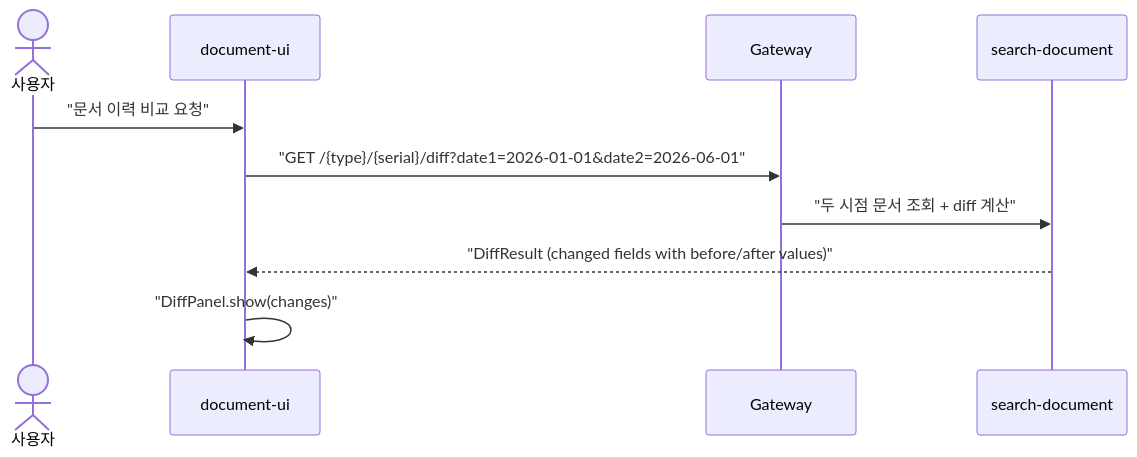
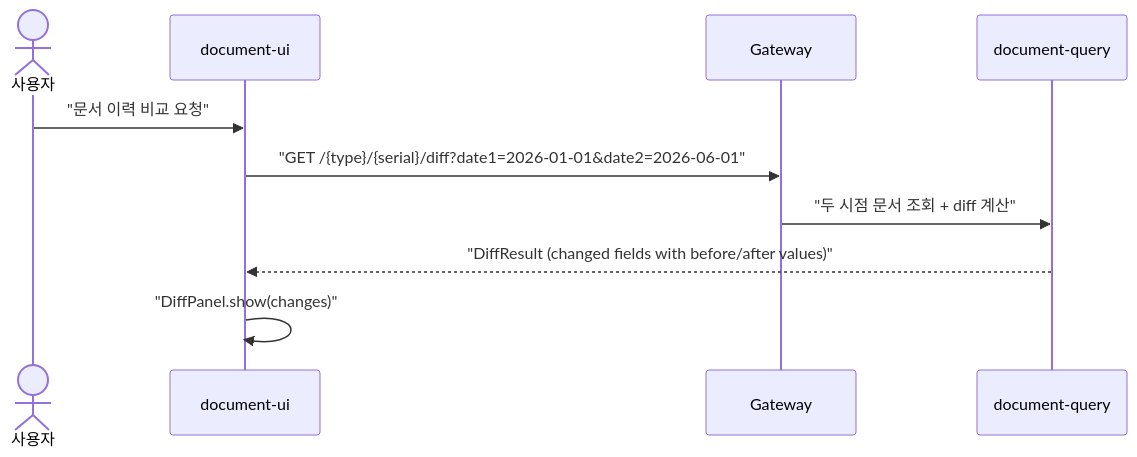
Diagram 12 of 28 in docs/usecases.md (sayaya1090/handbook), drawn with Mermaid before and after one commit. The commit also changed other lines of this file and 620 other files, not shown here.

````diff
--- a/docs/usecases.md
+++ b/docs/usecases.md
@@ -984,13 +984,13 @@
 ```mermaid
 sequenceDiagram
     actor User as 사용자
     participant UI as document-ui
     participant GW as Gateway
-    participant API as search-document
+    participant API as document-query
 
     User->>UI: "문서 이력 비교 요청"
     UI->>GW: "GET /{type}/{serial}/diff?date1=2026-01-01&date2=2026-06-01"
     GW->>API: "두 시점 문서 조회 + diff 계산"
     API-->>UI: "DiffResult (changed fields with before/after values)"
     UI->>UI: "DiffPanel.show(changes)"
 ```
````
